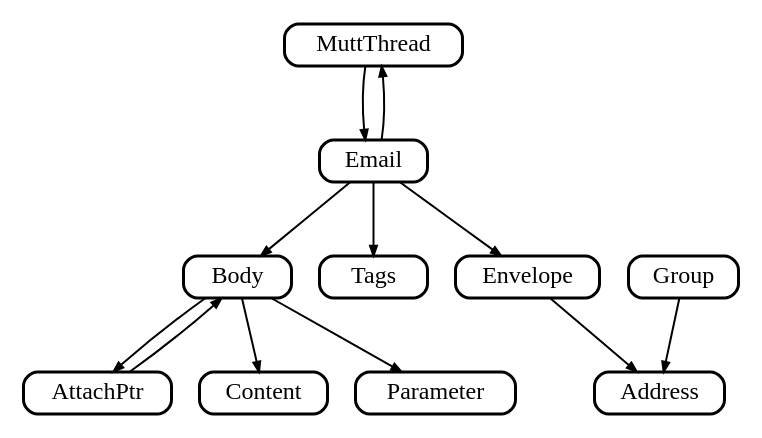
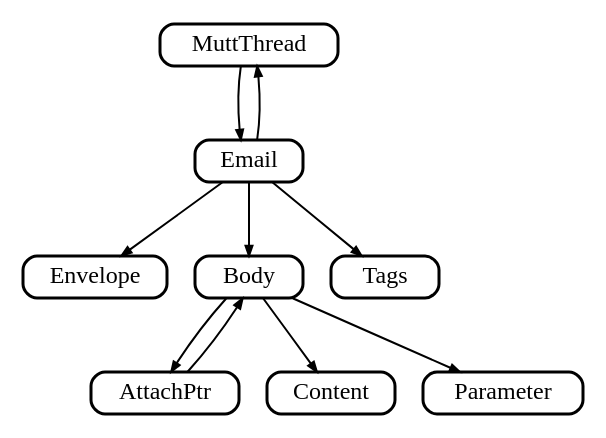
The diagram in arch/libemail.gv (neomutt/gfx), drawn with Graphviz before and after one commit. The commit also changed 1 other file, not shown here.

Commit message:
update libemail diagrams

```diff
--- a/arch/libemail.gv
+++ b/arch/libemail.gv
@@ -1,47 +1,43 @@
 digraph libemail
 {
 	graph [
 		rankdir="TB"
 		nodesep="0.2"
 		ranksep="0.5"
 		compound=true
 	]
 
 	node [
 		shape="Mrecord"
 		fontsize="12"
 		style="solid"
 		height="0.2"
 		penwidth="1.5"
 		color=black
 	]
 
 	edge [
 		penwidth="1.0"
 		arrowsize="0.5"
 	]
 
 	thread    [ label="MuttThread" ]
 	envelope  [ label="Envelope"   ]
-	address   [ label="Address"    ]
 	content   [ label="Content"    ]
 	attachptr [ label="AttachPtr"  ]
 	body      [ label="Body"       ]
 	email     [ label="Email"      ]
 	parameter [ label="Parameter"  ]
 	tags      [ label="Tags"       ]
-	group     [ label="Group"      ]
 
 	attachptr -> body
 	body      -> attachptr
 	body      -> content
 	body      -> parameter
-	group     -> address
-	envelope  -> address
 	email     -> body
 	email     -> envelope
 	email     -> tags
 	email     -> thread
 	thread    -> email
 
 }
```
